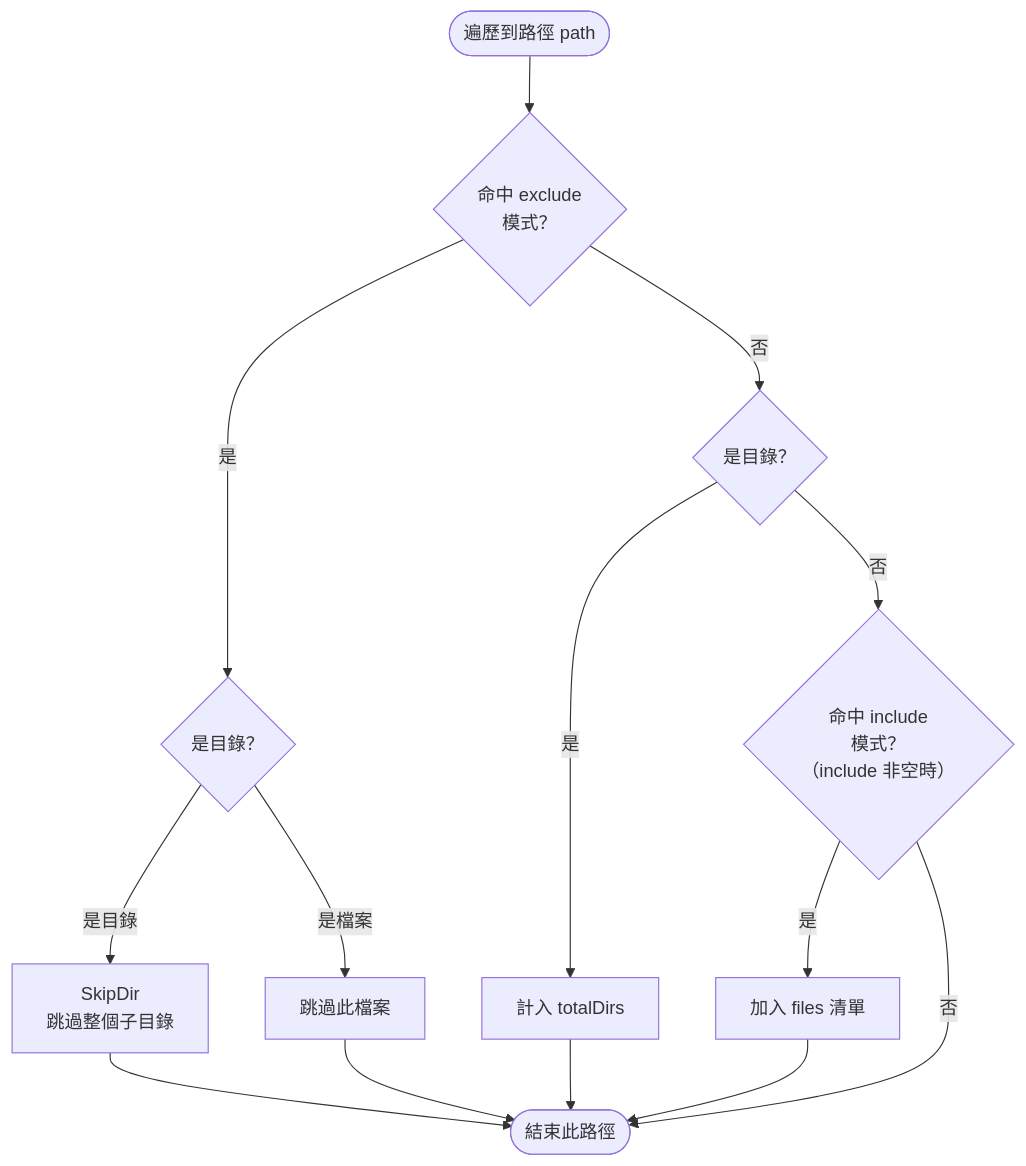
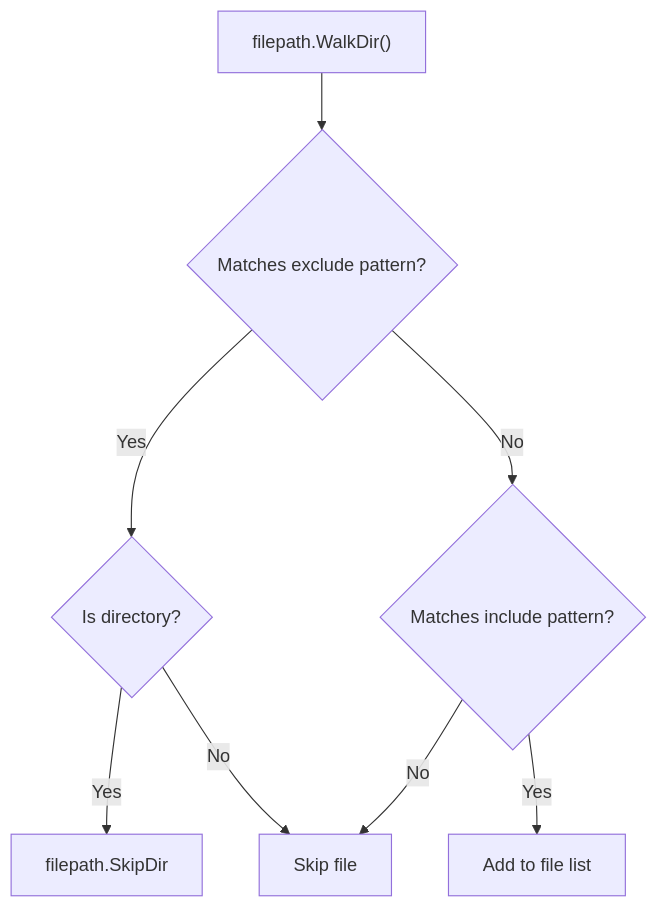
One commit to monkenWu/selfmd-claude-code changed the second of 2 diagrams in docs/configuration/project-targets/index.md. Above: the diagram before and after it, drawn with Mermaid. The commit also changed other lines of this file and 145 other files, not shown here.

````diff
--- a/docs/configuration/project-targets/index.md
+++ b/docs/configuration/project-targets/index.md
@@ -189,22 +133,18 @@
 ```mermaid
 flowchart TD
-    Start(["遍歷到路徑 path"])
-    IsExcluded{"命中 exclude\n模式？"}
-    IsDir{"是目錄？"}
-    SkipDir["SkipDir\n跳過整個子目錄"]
-    SkipFile["跳過此檔案"]
-    CountDir["計入 totalDirs"]
-    IsIncluded{"命中 include\n模式？\n（include 非空時）"}
-    AddFile["加入 files 清單"]
-    Done(["結束此路徑"])
+    Walk["filepath.WalkDir()"]
+    CheckExclude{"Matches exclude pattern?"}
+    IsDir{"Is directory?"}
+    SkipDir["filepath.SkipDir"]
+    SkipFile["Skip file"]
+    CheckInclude{"Matches include pattern?"}
+    AddFile["Add to file list"]
 
-    Start --> IsExcluded
-    IsExcluded -->|是| IsDir
-    IsDir -->|是目錄| SkipDir --> Done
-    IsDir -->|是檔案| SkipFile --> Done
-    IsExcluded -->|否| IsDir2{"是目錄？"}
-    IsDir2 -->|是| CountDir --> Done
-    IsDir2 -->|否| IsIncluded
-    IsIncluded -->|是| AddFile --> Done
-    IsIncluded -->|否| Done
+    Walk --> CheckExclude
+    CheckExclude -->|Yes| IsDir
+    IsDir -->|Yes| SkipDir
+    IsDir -->|No| SkipFile
+    CheckExclude -->|No| CheckInclude
+    CheckInclude -->|Yes| AddFile
+    CheckInclude -->|No| SkipFile
 ```
````
